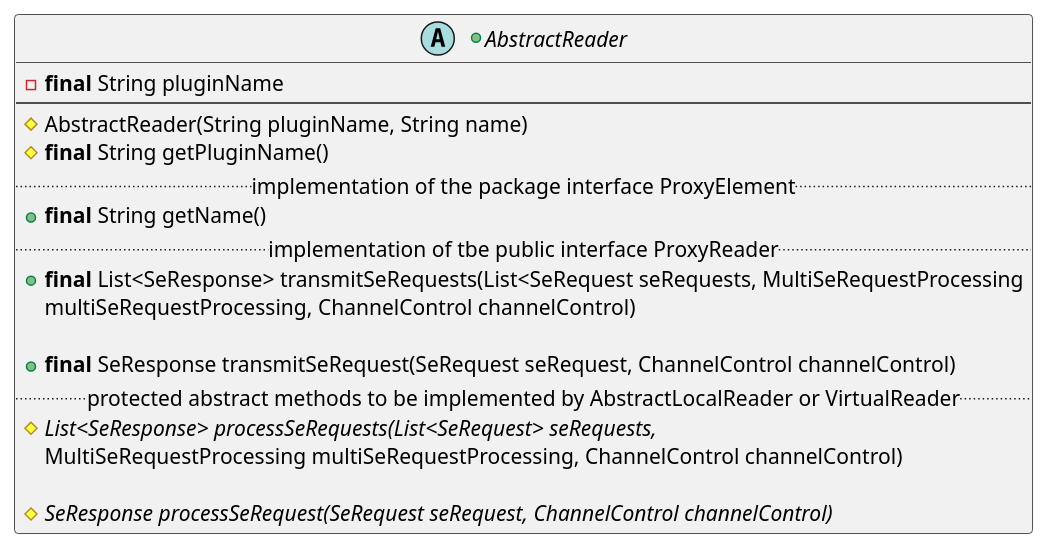
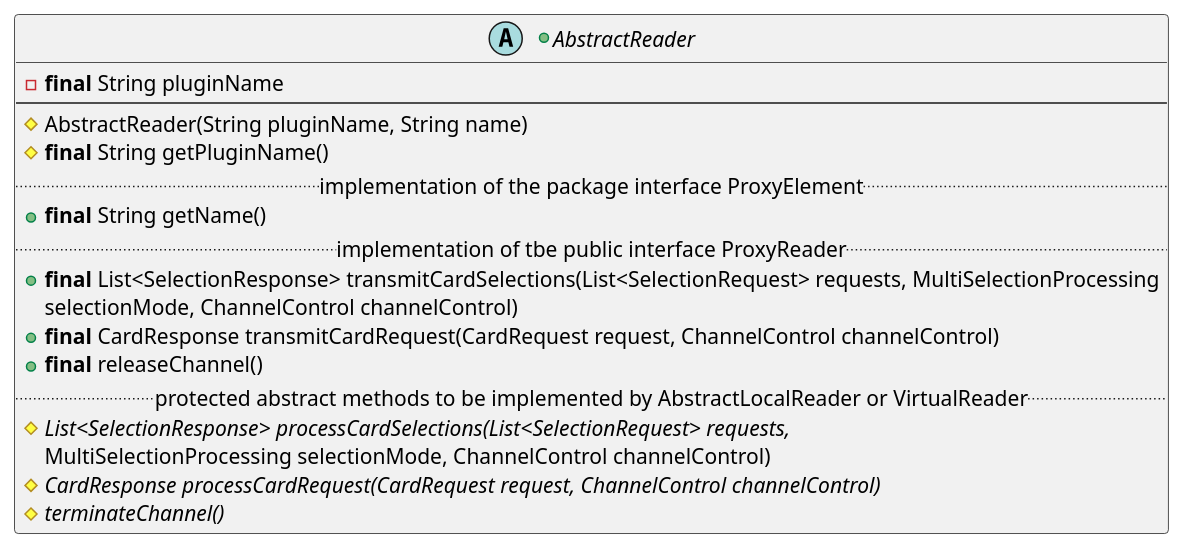
One commit to calypsonet/keyple changed the eighth of 11 diagrams in src/KeypleCoreApi/puml/KeypleCore_Plugin_ClassDiag_ClassElements.iuml. Above: the diagram before and after it, drawn with PlantUML. The commit also changed other lines of this file and 3 other files, not shown here.

```diff
--- a/src/KeypleCoreApi/puml/KeypleCore_Plugin_ClassDiag_ClassElements.iuml
+++ b/src/KeypleCoreApi/puml/KeypleCore_Plugin_ClassDiag_ClassElements.iuml
@@ -112,23 +116,23 @@
 @startuml(id=PLUGIN_ABSTRACTREADER_1_0_0)
 +abstract AbstractReader {
   -<b>final</b> String pluginName
   --
   #AbstractReader(String pluginName, String name)
   #<b>final</b> String getPluginName()
 '
   .. implementation of the package interface ProxyElement ..
   +<b>final</b> String getName()
 '
   .. implementation of tbe public interface ProxyReader ..
-  +<b>final</b> List<SeResponse> transmitSeRequests(List<SeRequest seRequests, MultiSeRequestProcessing
-    multiSeRequestProcessing, ChannelControl channelControl)
-
-  +<b>final</b> SeResponse transmitSeRequest(SeRequest seRequest, ChannelControl channelControl)
+  +<b>final</b> List<SelectionResponse> transmitCardSelections(List<SelectionRequest> requests, MultiSelectionProcessing
+    selectionMode, ChannelControl channelControl)
+  +<b>final</b> CardResponse transmitCardRequest(CardRequest request, ChannelControl channelControl)
+  +<b>final</b> releaseChannel()
 '
   .. protected abstract methods to be implemented by AbstractLocalReader or VirtualReader ..
-  #{abstract} List<SeResponse> processSeRequests(List<SeRequest> seRequests,
-    MultiSeRequestProcessing multiSeRequestProcessing, ChannelControl channelControl)
-
-  #{abstract} SeResponse processSeRequest(SeRequest seRequest, ChannelControl channelControl)
+  #{abstract} List<SelectionResponse> processCardSelections(List<SelectionRequest> requests,
+    MultiSelectionProcessing selectionMode, ChannelControl channelControl)
+  #{abstract} CardResponse processCardRequest(CardRequest request, ChannelControl channelControl)
+  #{abstract} terminateChannel()
 }
 @enduml
```
